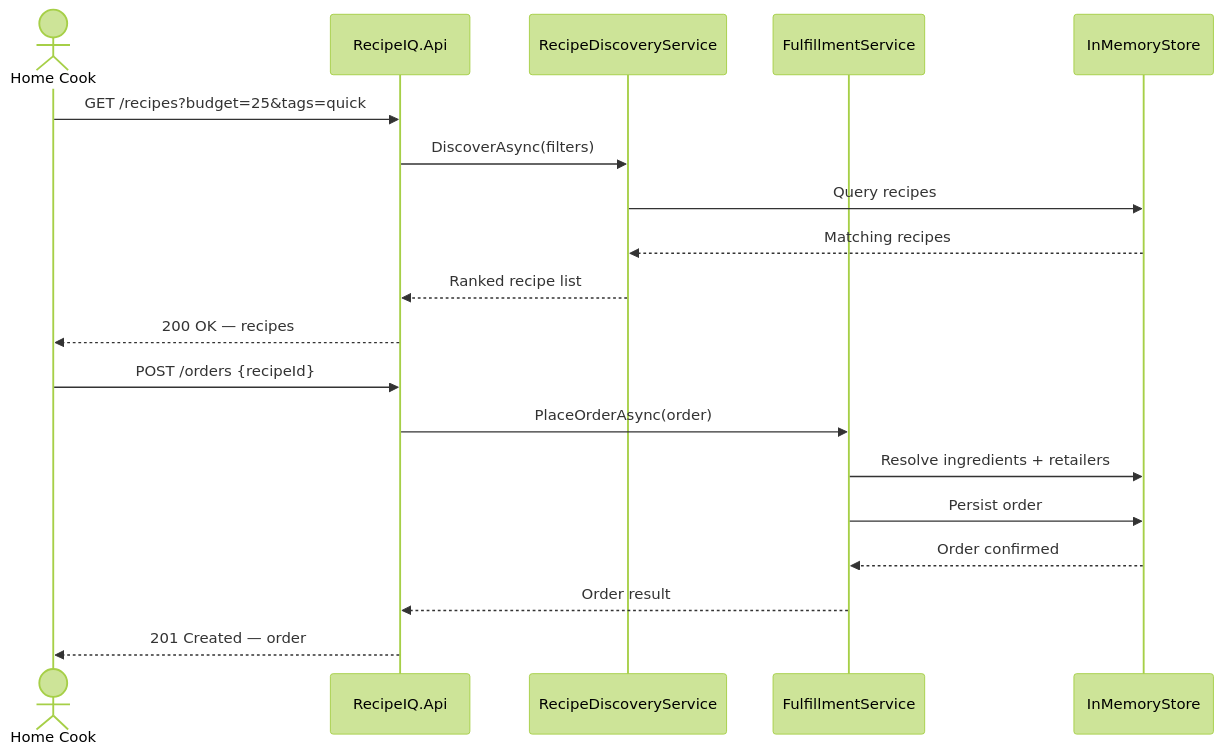
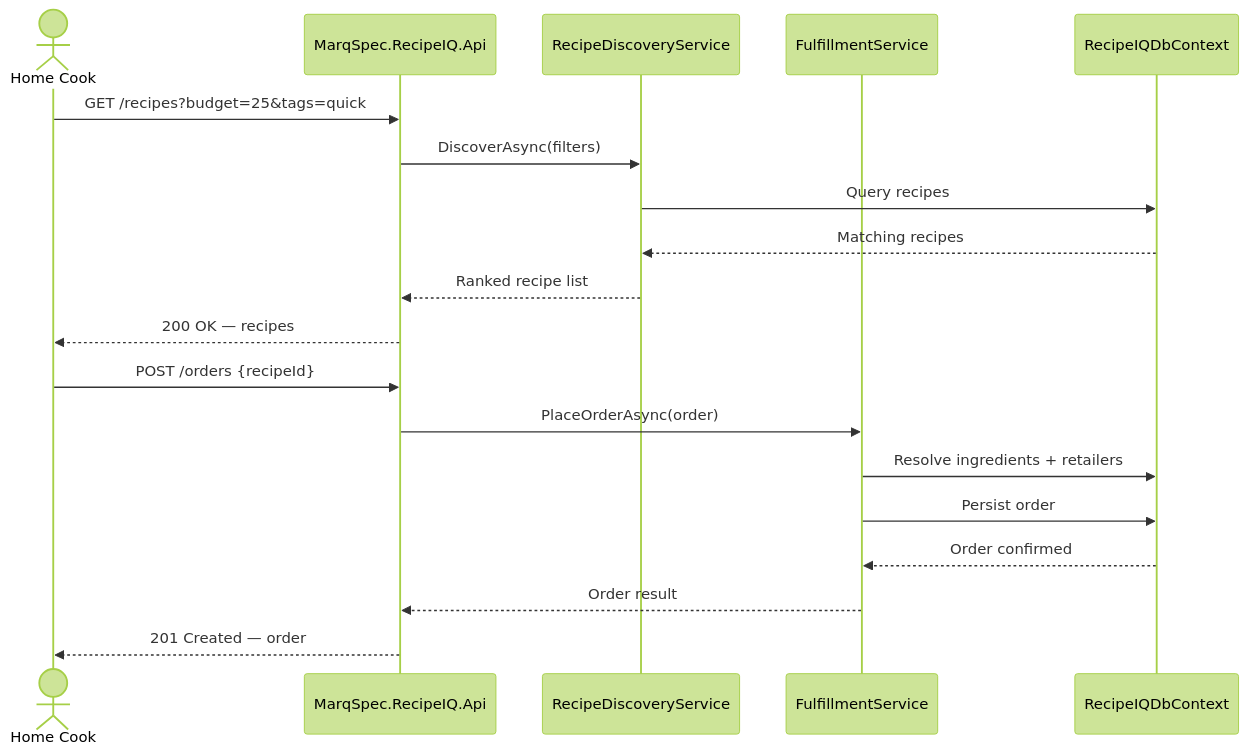
One commit to adammarquette/RecipeIQ changed the third of 4 diagrams in .docs/architecture.md. Above: the diagram before and after it, drawn with Mermaid (forest theme). The commit also changed other lines of this file and 83 other files, not shown here.

````diff
--- a/.docs/architecture.md
+++ b/.docs/architecture.md
@@ -125,23 +139,23 @@
 ```mermaid
 sequenceDiagram
     actor Cook as Home Cook
-    participant API as RecipeIQ.Api
+    participant API as MarqSpec.RecipeIQ.Api
     participant RDS as RecipeDiscoveryService
     participant FS as FulfillmentService
-    participant Store as InMemoryStore
+    participant Store as RecipeIQDbContext
 
     Cook->>API: GET /recipes?budget=25&tags=quick
     API->>RDS: DiscoverAsync(filters)
     RDS->>Store: Query recipes
     Store-->>RDS: Matching recipes
     RDS-->>API: Ranked recipe list
     API-->>Cook: 200 OK — recipes
 
     Cook->>API: POST /orders {recipeId}
     API->>FS: PlaceOrderAsync(order)
     FS->>Store: Resolve ingredients + retailers
     FS->>Store: Persist order
     Store-->>FS: Order confirmed
     FS-->>API: Order result
     API-->>Cook: 201 Created — order
 ```
````
